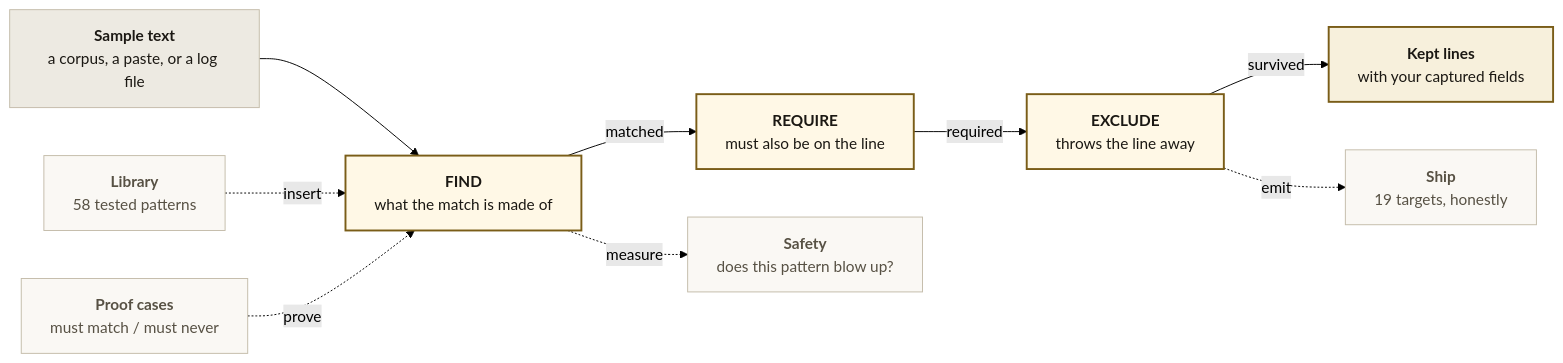
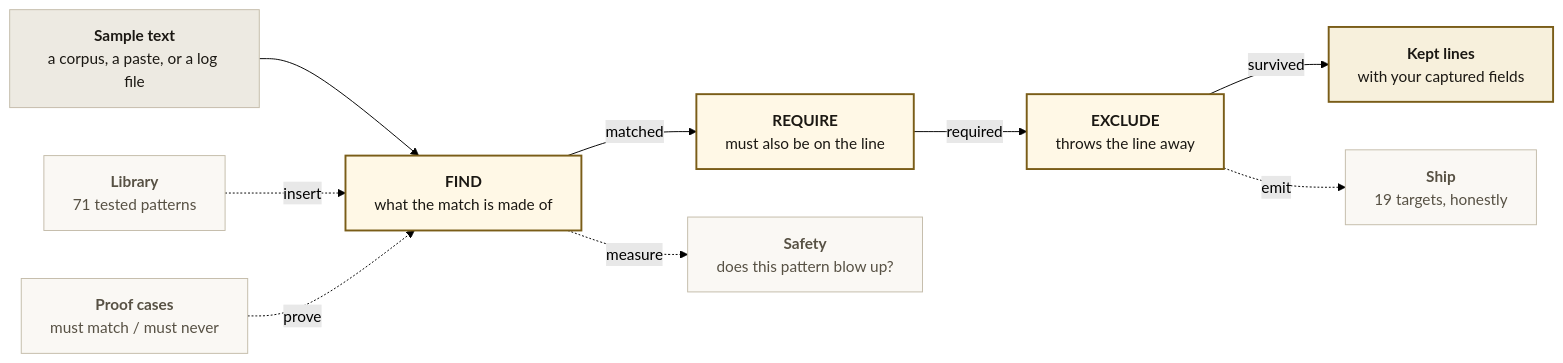
One commit to at0m-b0mb/Sieve-Regex-Workbench changed the diagram in README.md. Above: the diagram before and after it, drawn with Mermaid (forest theme). The commit also changed other lines of this file and 2 other files, not shown here.

First line of the commit message:
Thirteen more library patterns, and the counts they are reported with

````diff
--- a/README.md
+++ b/README.md
@@ -47,35 +47,35 @@
 ```mermaid
 flowchart LR
     SRC["<b>Sample text</b><br/>a corpus, a paste, or a log file"]
-    LIB["<b>Library</b><br/>58 tested patterns"]
+    LIB["<b>Library</b><br/>71 tested patterns"]
     CASES["<b>Proof cases</b><br/>must match / must never"]
 
     FIND["<b>FIND</b><br/>what the match is made of"]
     REQ["<b>REQUIRE</b><br/>must also be on the line"]
     EXC["<b>EXCLUDE</b><br/>throws the line away"]
 
     KEPT["<b>Kept lines</b><br/>with your captured fields"]
 
     SAFETY["<b>Safety</b><br/>does this pattern blow up?"]
     SHIP["<b>Ship</b><br/>19 targets, honestly"]
 
     SRC --> FIND
     FIND -- matched --> REQ
     REQ -- required --> EXC
     EXC -- survived --> KEPT
 
     LIB -. insert .-> FIND
     CASES -. prove .-> FIND
     FIND -. measure .-> SAFETY
     EXC -. emit .-> SHIP
 
     classDef gate fill:#FFF8E6,stroke:#7A5D18,stroke-width:2px,color:#1B1813
     classDef tool fill:#FAF8F4,stroke:#C4BCAA,stroke-width:1px,color:#575144
     classDef src  fill:#EDEAE2,stroke:#C4BCAA,stroke-width:1px,color:#1B1813
     classDef sink fill:#F7F0DC,stroke:#7A5D18,stroke-width:2px,color:#1B1813
 
     class FIND,REQ,EXC gate
     class LIB,CASES,SAFETY,SHIP tool
     class SRC src
     class KEPT sink
 ```
````
